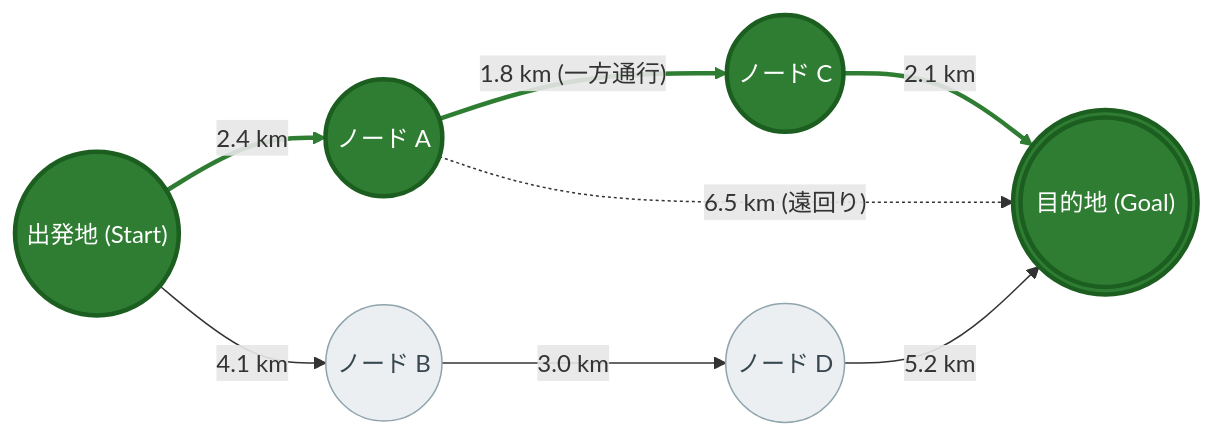
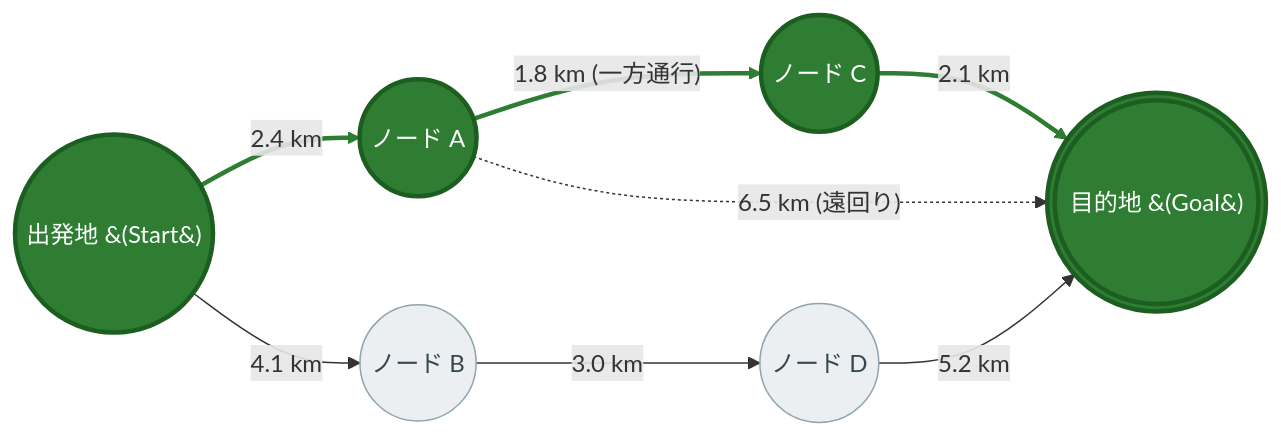
Before and after one commit to yoshinori-i-infra/road-network-router: the diagram in README.md, drawn with Mermaid.

Commit message:
Fix formatting in README.md for flowchart labels
- Replace invisible non-breaking spaces (U+00A0) with standard ASCII spaces
- Escape inner parentheses in node labels using HTML entities (&#40; / &#41;)
- Standardize edge label syntax to pipe format (-->|"..."|) for parser compatibility

````diff
--- a/README.md
+++ b/README.md
@@ -29,24 +29,24 @@
 ```mermaid
 flowchart LR
-    Start(("出発地 (Start)"))
+    Start(("出発地 &#40;Start&#41;"))
     N1(("ノード A"))
     N2(("ノード B"))
     N3(("ノード C"))
     N4(("ノード D"))
-    Goal((("目的地 (Goal)")))
+    Goal((("目的地 &#40;Goal&#41;")))
 
     Start -- "2.4 km" --> N1
     Start -- "4.1 km" --> N2
     N1 -- "1.8 km (一方通行)" --> N3
     N2 -- "3.0 km" --> N4
     N3 -- "2.1 km" --> Goal
     N4 -- "5.2 km" --> Goal
     N1 -. "6.5 km (遠回り)" .-> Goal
 
     classDef path fill:#2E7D32,stroke:#1B5E20,stroke-width:3px,color:#ffffff;
     classDef unvisited fill:#ECEFF1,stroke:#90A4AE,stroke-width:1px,color:#37474F;
     class Start,N1,N3,Goal path;
     class N2,N4 unvisited;
 
     linkStyle 0,2,4 stroke:#2E7D32,stroke-width:3px;
 ```
````
